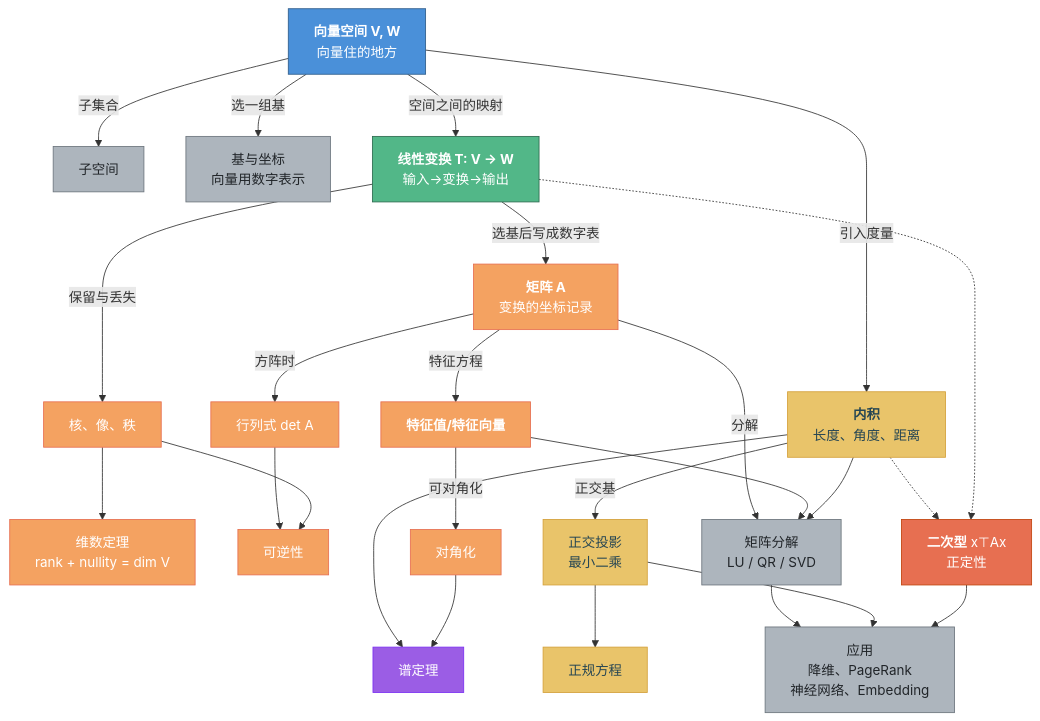
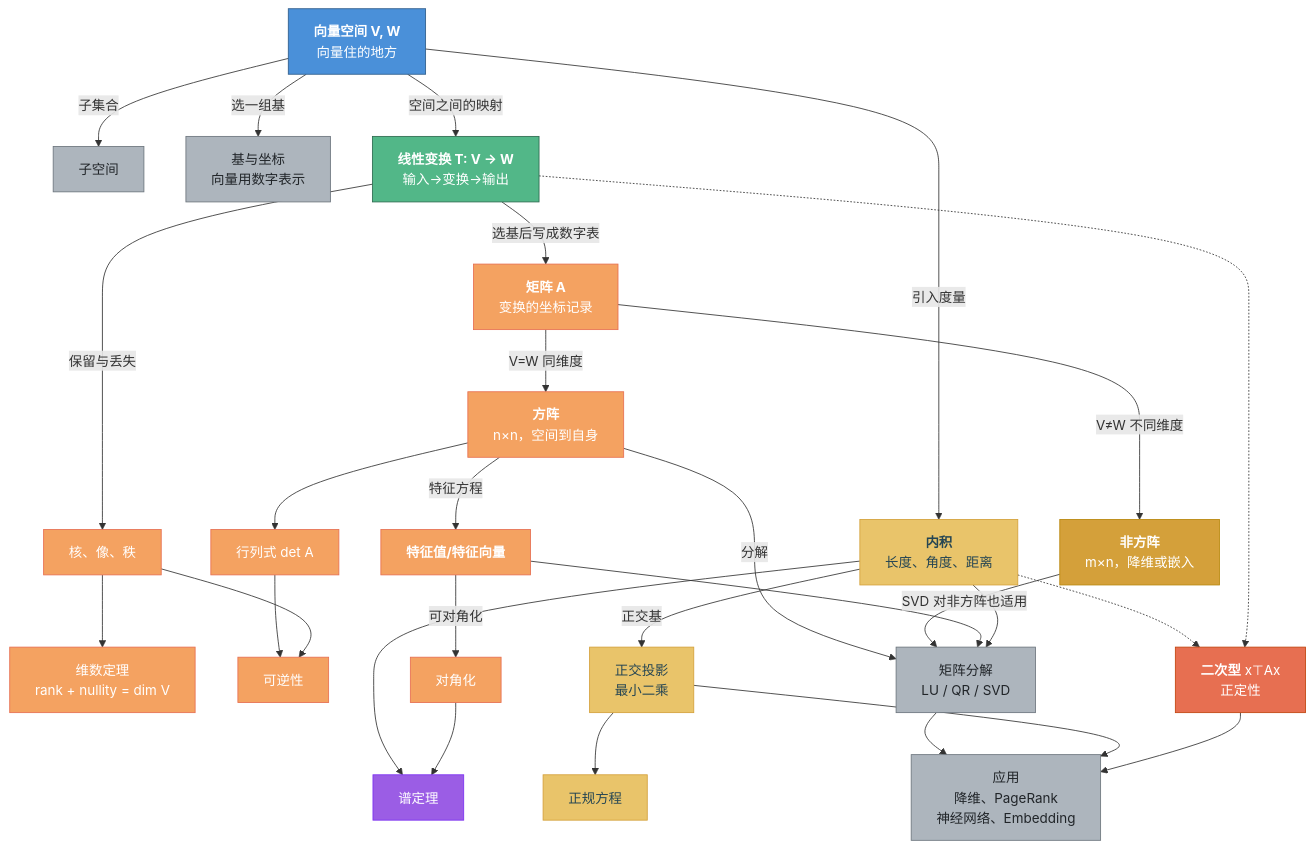
The second of 2 diagrams in book/ch19-全景.md (yang-fengju/linear-algebra-history-book), drawn with Mermaid before and after one commit. The commit also changed other lines of this file, not shown here.

Commit message:
fix: ch19 删除"换基=A⁻¹"错误说法 + 概念图加方阵/非方阵分叉
- 换基段落：删除"换基读法是把A当A⁻¹"，替换为正确区分：
  逆变换是搬点（两端标准基坐标），换基是翻译坐标（点不动）
- 概念网络Mermaid图：矩阵A下面分叉为"方阵(V=W同维度)"
  和"非方阵(V≠W不同维度)"，行列式/特征值只连方阵分支，
  SVD同时连方阵和非方阵

````diff
--- a/book/ch19-全景.md
+++ b/book/ch19-全景.md
@@ -317,49 +317,55 @@
 ```mermaid
 flowchart TD
     VS["<b>向量空间 V, W</b><br/>向量住的地方"] -->|子集合| Sub["子空间"]
     VS -->|选一组基| Coord["基与坐标<br/>向量用数字表示"]
     VS -->|引入度量| Inner["<b>内积</b><br/>长度、角度、距离"]
 
     VS -->|空间之间的映射| LT["<b>线性变换 T: V → W</b><br/>输入→变换→输出"]
     LT -->|选基后写成数字表| Mat["<b>矩阵 A</b><br/>变换的坐标记录"]
     LT -->|保留与丢失| KIR["核、像、秩"]
     KIR --> DimThm["维数定理<br/>rank + nullity = dim V"]
 
-    Mat -->|方阵时| Det["行列式 det A"]
+    Mat -->|V=W 同维度| Sq["<b>方阵</b><br/>n×n，空间到自身"]
+    Mat -->|V≠W 不同维度| NonSq["<b>非方阵</b><br/>m×n，降维或嵌入"]
+
+    Sq --> Det["行列式 det A"]
     Det --> Inv["可逆性"]
     KIR --> Inv
 
-    Mat -->|特征方程| Eig["<b>特征值/特征向量</b>"]
+    Sq -->|特征方程| Eig["<b>特征值/特征向量</b>"]
     Eig -->|可对角化| Diag["对角化"]
     Inner --> Spectral["谱定理"]
     Diag --> Spectral
 
     Inner -->|正交基| Proj["正交投影<br/>最小二乘"]
     Proj --> Normal["正规方程"]
     Inner -.-> Quad["<b>二次型</b> x⊤Ax<br/>正定性"]
     LT -.-> Quad
 
-    Mat -->|分解| Decomp["矩阵分解<br/>LU / QR / SVD"]
+    Sq -->|分解| Decomp["矩阵分解<br/>LU / QR / SVD"]
+    NonSq -->|SVD 对非方阵也适用| Decomp
     Eig --> Decomp
     Inner --> Decomp
 
     Decomp --> App["应用<br/>降维、PageRank<br/>神经网络、Embedding"]
     Proj --> App
     Quad --> App
 
     classDef stage fill:#4A90D9,stroke:#2E5C8A,color:#fff
     classDef action fill:#52B788,stroke:#2D6A4F,color:#fff
     classDef tool fill:#F4A261,stroke:#E76F51,color:#fff
     classDef metric fill:#E9C46A,stroke:#D4A03A,color:#264653
     classDef spectral fill:#9B5DE5,stroke:#7B2FF2,color:#fff
     classDef junction fill:#E76F51,stroke:#C1440E,color:#fff
     classDef app fill:#ADB5BD,stroke:#6C757D,color:#212529
+    classDef nonsq fill:#D4A03A,stroke:#B8860B,color:#fff
 
     class VS stage
     class LT action
-    class Mat,Det,Inv,Eig,Diag,KIR,DimThm tool
+    class Mat,Sq,Det,Inv,Eig,Diag,KIR,DimThm tool
+    class NonSq nonsq
     class Inner,Proj,Normal metric
     class Spectral spectral
     class Quad junction
     class Sub,Coord,Decomp,App app
 ```
````
